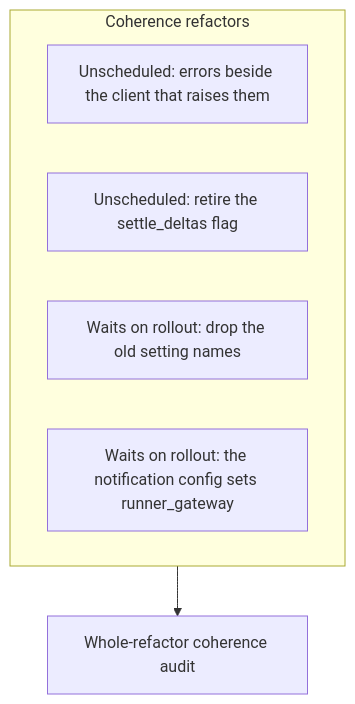
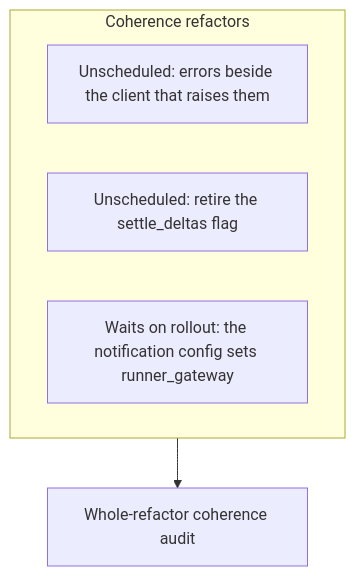
One commit to agentydragon-agent/ducktape changed diagram 14 of 15 in agentplane/plans/task_dag.md. Above: the diagram before and after it, drawn with Mermaid. The commit also changed other lines of this file and 5 other files, not shown here.

````diff
--- a/agentplane/plans/task_dag.md
+++ b/agentplane/plans/task_dag.md
@@ -904,10 +904,9 @@
 ```mermaid
 flowchart TD
     subgraph COHERENCE_REFACTORS[Coherence refactors]
         RUNNER_ERRORS_REHOME[Unscheduled: errors beside the client that raises them]
         SETTLE_DELTAS_ALWAYS_ON[Unscheduled: retire the settle_deltas flag]
-        SERVICE_SETTING_OLD_NAMES_DROP[Waits on rollout: drop the old setting names]
         NOTIFICATION_GATEWAY_SETTINGS[Waits on rollout: the notification config sets runner_gateway]
     end
     COHERENCE_REFACTORS --> REFACTOR_COHERENCE_AUDIT[Whole-refactor coherence audit]
 ```
````
